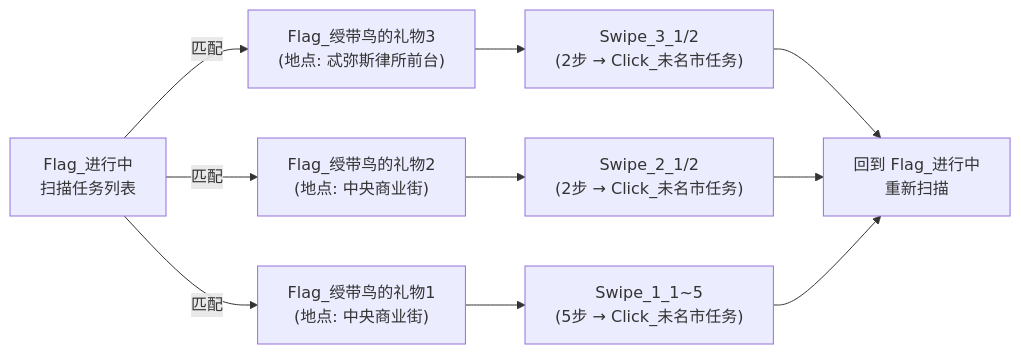
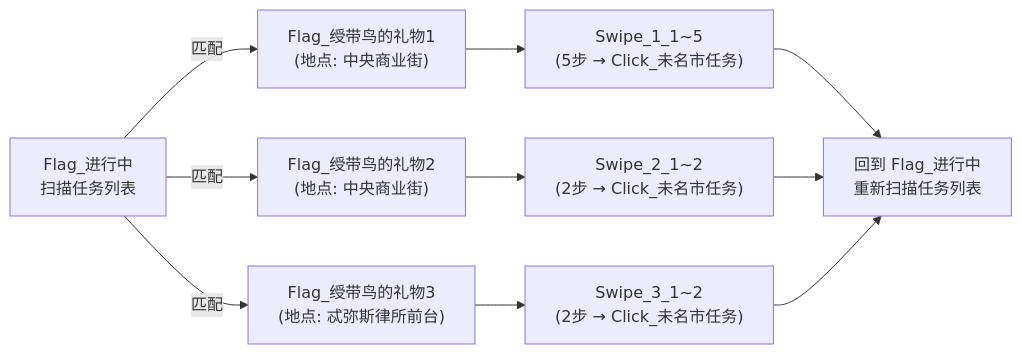
Diagram 36 of 44 in docs/zh_cn/develop/Pipeline说明.md (Coxwtwo/MaaTOT), drawn with Mermaid before and after one commit. The commit also changed other lines of this file, not shown here.

````diff
--- a/docs/zh_cn/develop/Pipeline说明.md
+++ b/docs/zh_cn/develop/Pipeline说明.md
@@ -1039,14 +1049,14 @@
 ```mermaid
 flowchart LR
-    n_scan["Flag_进行中<br>扫描任务列表"] -->|匹配| g3["Flag_绶带鸟的礼物3<br>(地点: 忒弥斯律所前台)"]
+    n_scan["Flag_进行中<br>扫描任务列表"] -->|匹配| g3["Flag_绶带鸟的礼物1<br>(地点: 中央商业街)"]
     n_scan -->|匹配| g2["Flag_绶带鸟的礼物2<br>(地点: 中央商业街)"]
-    n_scan -->|匹配| g1["Flag_绶带鸟的礼物1<br>(地点: 中央商业街)"]
+    n_scan -->|匹配| g1["Flag_绶带鸟的礼物3<br>(地点: 忒弥斯律所前台)"]
 
-    g3 --> s3["Swipe_3_1/2<br>(2步 → Click_未名市任务)"]
-    g2 --> s2["Swipe_2_1/2<br>(2步 → Click_未名市任务)"]
-    g1 --> s1["Swipe_1_1~5<br>(5步 → Click_未名市任务)"]
+    g3 --> s3["Swipe_1_1~5<br>(5步 → Click_未名市任务)"]
+    g2 --> s2["Swipe_2_1~2<br>(2步 → Click_未名市任务)"]
+    g1 --> s1["Swipe_3_1~2<br>(2步 → Click_未名市任务)"]
 
-    s3 --> back["回到 Flag_进行中<br>重新扫描"]
+    s3 --> back["回到 Flag_进行中<br>重新扫描任务列表"]
     s2 --> back
     s1 --> back
 ```
````
